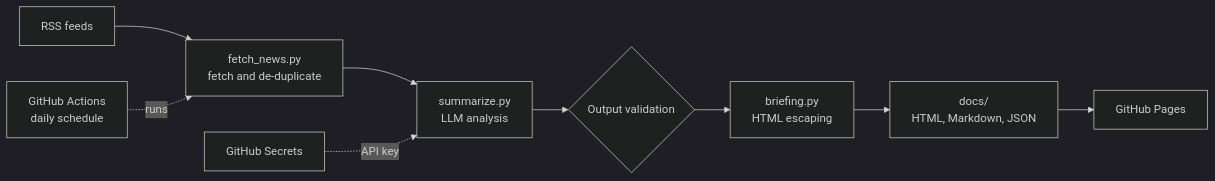
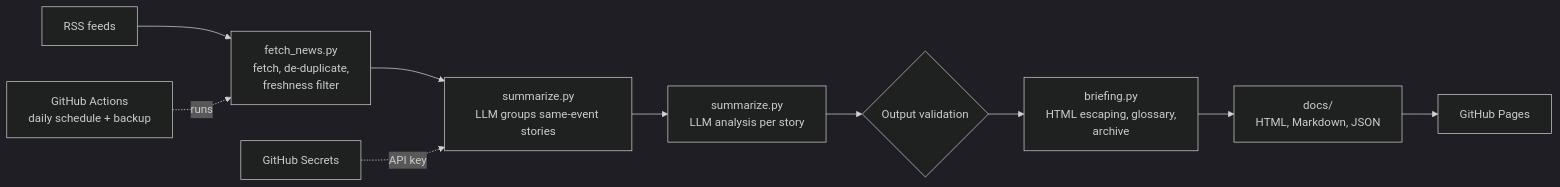
One commit to deekgrs/security-briefing-bot changed the diagram in README.md. Above: the diagram before and after it, drawn with Mermaid (dark theme). The commit also changed other lines of this file, not shown here.

````diff
--- a/README.md
+++ b/README.md
@@ -17,11 +19,12 @@
 ```mermaid
 flowchart LR
-    A[RSS feeds] --> B[fetch_news.py<br/>fetch and de-duplicate]
-    B --> C[summarize.py<br/>LLM analysis]
-    C --> D{Output validation}
-    D --> E[briefing.py<br/>HTML escaping]
-    E --> F[docs/<br/>HTML, Markdown, JSON]
-    F --> G[GitHub Pages]
-    H[GitHub Actions<br/>daily schedule] -. runs .-> B
-    I[GitHub Secrets] -. API key .-> C
+    A[RSS feeds] --> B[fetch_news.py<br/>fetch, de-duplicate,<br/>freshness filter]
+    B --> C[summarize.py<br/>LLM groups same-event stories]
+    C --> D[summarize.py<br/>LLM analysis per story]
+    D --> E{Output validation}
+    E --> F[briefing.py<br/>HTML escaping, glossary,<br/>archive]
+    F --> G[docs/<br/>HTML, Markdown, JSON]
+    G --> H[GitHub Pages]
+    I[GitHub Actions<br/>daily schedule + backup] -. runs .-> B
+    J[GitHub Secrets] -. API key .-> C
 ```
````
